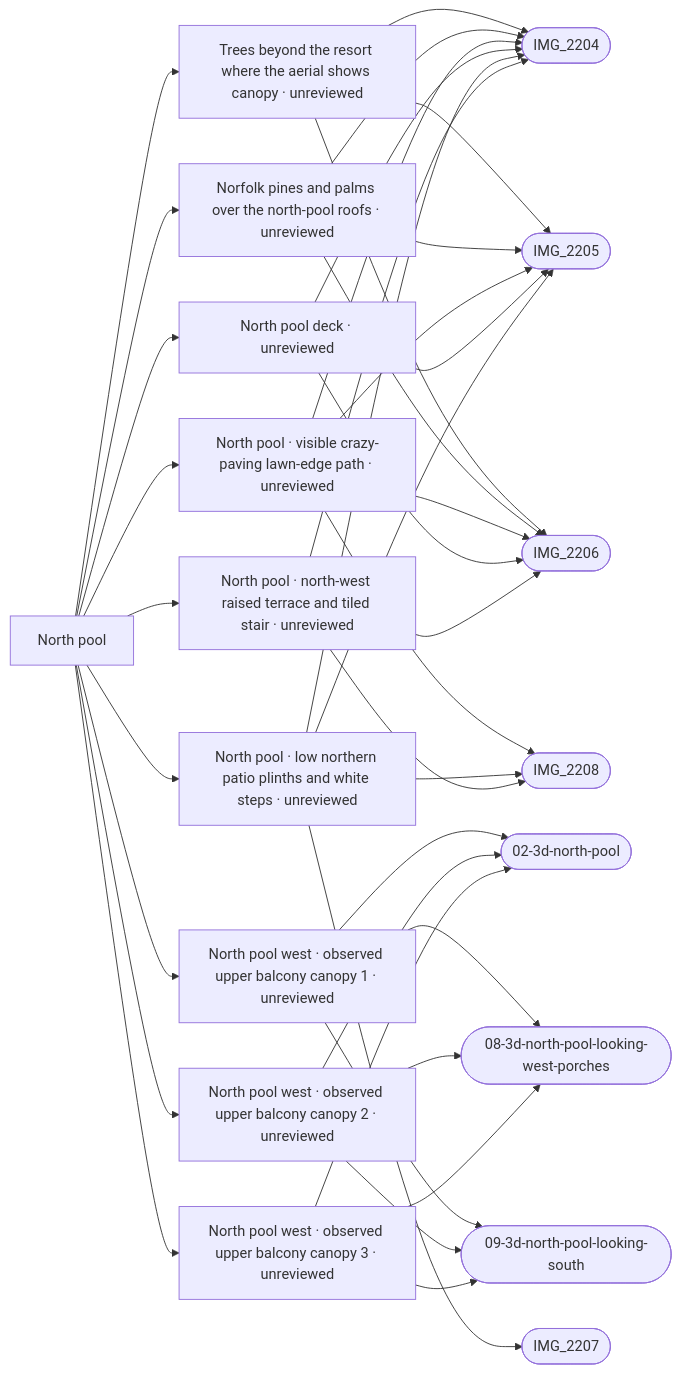
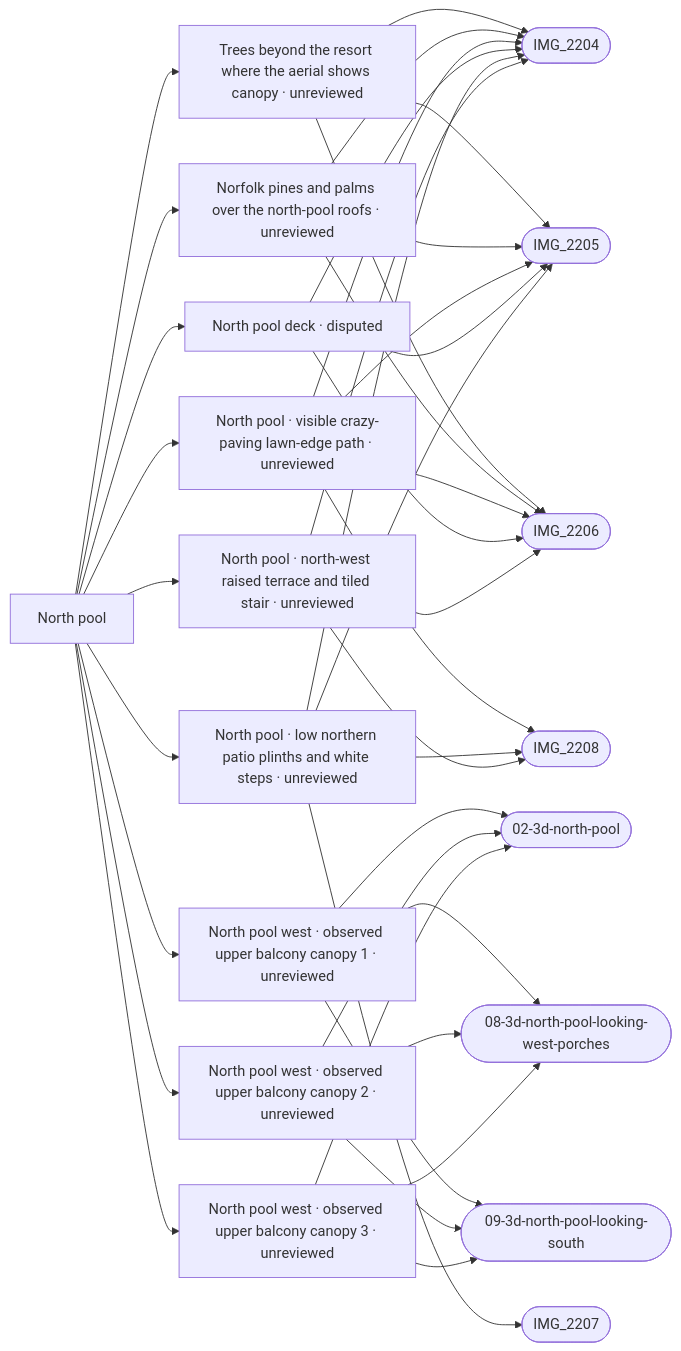
One commit to daveyboyc/villacana-venture changed the diagram in refs/areas/north-pool.md. Above: the diagram before and after it, drawn with Mermaid. The commit also changed other lines of this file and 35 other files, not shown here.

First line of the commit message:
WIP loop-discrepancies: 52 north-pool discrepancies, pixel-to-map, comparisons; status handover

````diff
--- a/refs/areas/north-pool.md
+++ b/refs/areas/north-pool.md
@@ -60,42 +120,42 @@
 ```mermaid
 graph LR
   A["North pool"]
   A --> F0["Trees beyond the resort where the aerial shows canopy · unreviewed"]
   F0 --> PIMG_2204_jpg(["IMG_2204"])
   F0 --> PIMG_2205_jpg(["IMG_2205"])
   F0 --> PIMG_2206_jpg(["IMG_2206"])
   A --> F1["Norfolk pines and palms over the north-pool roofs · unreviewed"]
   F1 --> PIMG_2204_jpg(["IMG_2204"])
   F1 --> PIMG_2205_jpg(["IMG_2205"])
   F1 --> PIMG_2206_jpg(["IMG_2206"])
   A --> F2["North pool · visible crazy-paving lawn-edge path · unreviewed"]
   F2 --> PIMG_2204_jpg(["IMG_2204"])
   F2 --> PIMG_2205_jpg(["IMG_2205"])
   F2 --> PIMG_2206_jpg(["IMG_2206"])
   F2 --> PIMG_2208_jpg(["IMG_2208"])
   A --> F3["North pool west · observed upper balcony canopy 1 · unreviewed"]
   F3 --> Pref_apple_maps_02_3d_north_pool_png(["02-3d-north-pool"])
   F3 --> Pref_apple_maps_08_3d_north_pool_looking_west_porches_png(["08-3d-north-pool-looking-west-porches"])
   F3 --> Pref_apple_maps_09_3d_north_pool_looking_south_png(["09-3d-north-pool-looking-south"])
   A --> F4["North pool west · observed upper balcony canopy 2 · unreviewed"]
   F4 --> Pref_apple_maps_02_3d_north_pool_png(["02-3d-north-pool"])
   F4 --> Pref_apple_maps_08_3d_north_pool_looking_west_porches_png(["08-3d-north-pool-looking-west-porches"])
   F4 --> Pref_apple_maps_09_3d_north_pool_looking_south_png(["09-3d-north-pool-looking-south"])
   A --> F5["North pool west · observed upper balcony canopy 3 · unreviewed"]
   F5 --> Pref_apple_maps_02_3d_north_pool_png(["02-3d-north-pool"])
   F5 --> Pref_apple_maps_08_3d_north_pool_looking_west_porches_png(["08-3d-north-pool-looking-west-porches"])
   F5 --> Pref_apple_maps_09_3d_north_pool_looking_south_png(["09-3d-north-pool-looking-south"])
-  A --> F6["North pool deck · unreviewed"]
+  A --> F6["North pool deck · disputed"]
   F6 --> PIMG_2204_jpg(["IMG_2204"])
   F6 --> PIMG_2205_jpg(["IMG_2205"])
   F6 --> PIMG_2206_jpg(["IMG_2206"])
   A --> F7["North pool · low northern patio plinths and white steps · unreviewed"]
   F7 --> PIMG_2204_jpg(["IMG_2204"])
   F7 --> PIMG_2205_jpg(["IMG_2205"])
   F7 --> PIMG_2207_jpg(["IMG_2207"])
   F7 --> PIMG_2208_jpg(["IMG_2208"])
   A --> F8["North pool · north-west raised terrace and tiled stair · unreviewed"]
   F8 --> PIMG_2204_jpg(["IMG_2204"])
   F8 --> PIMG_2206_jpg(["IMG_2206"])
   F8 --> PIMG_2208_jpg(["IMG_2208"])
 ```
````
